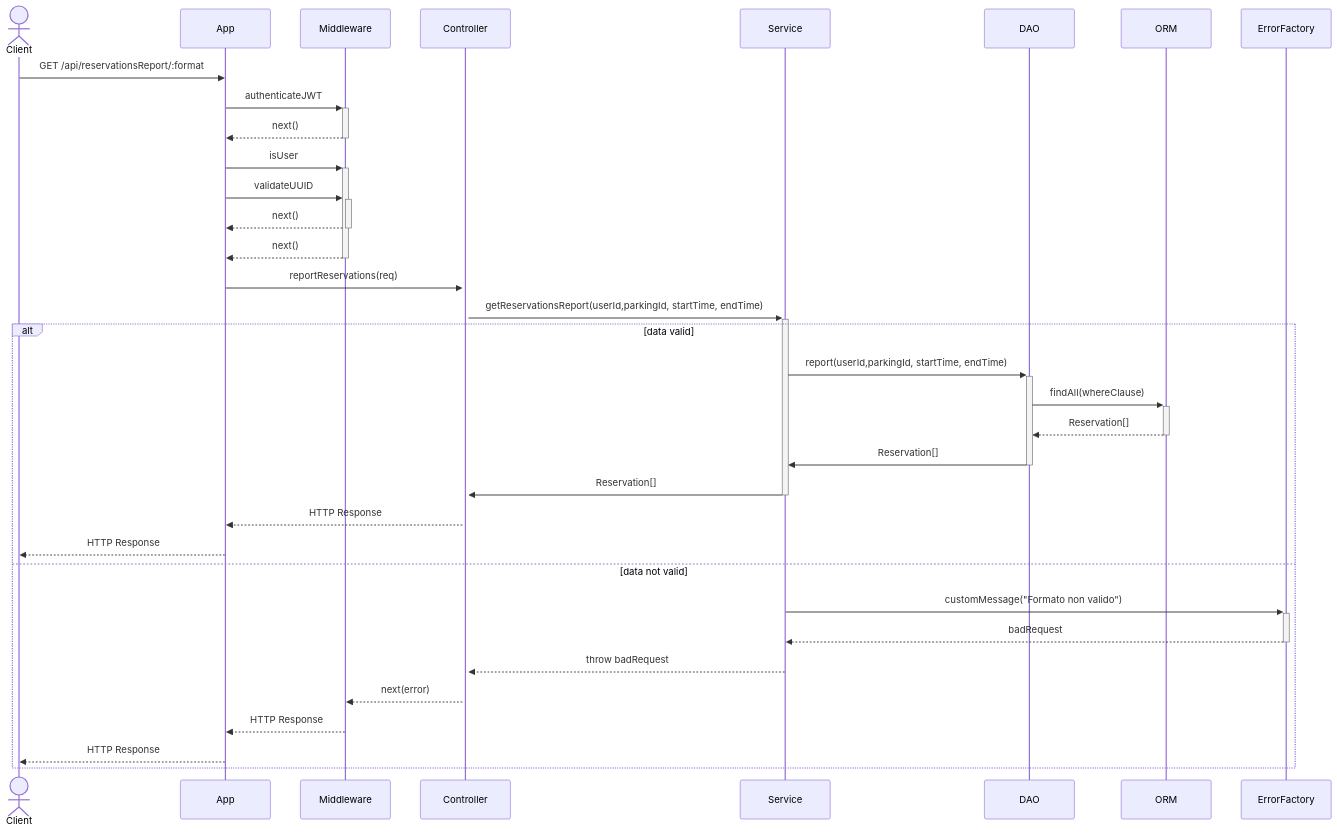
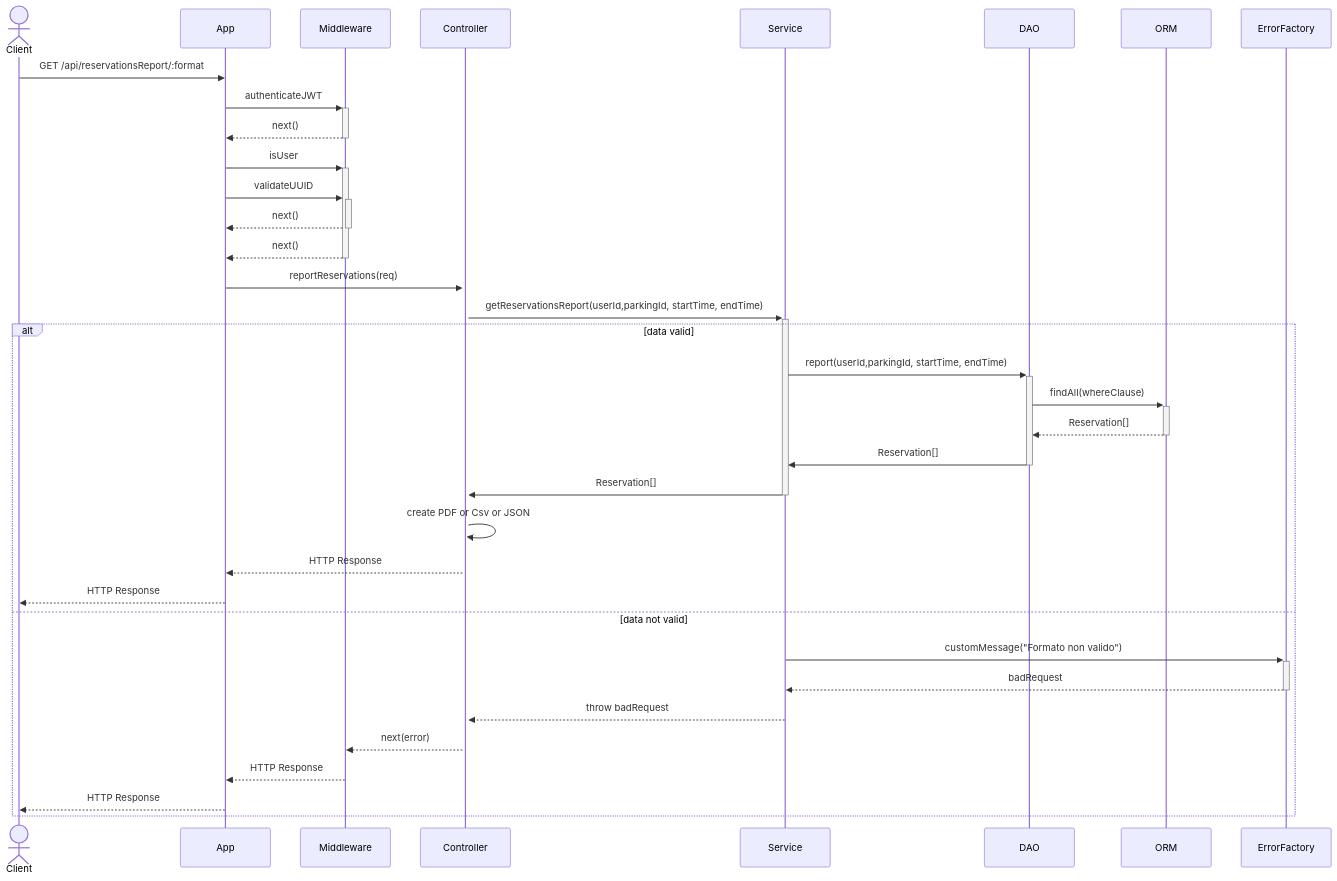
One commit to niccolociotti/parking_PA changed diagram 18 of 22 in README.md. Above: the diagram before and after it, drawn with Mermaid. The commit also changed other lines of this file, not shown here.

````diff
--- a/README.md
+++ b/README.md
@@ -1071,38 +1080,39 @@
 ```mermaid
 sequenceDiagram
     actor Client
     participant App
     participant Middleware
     participant Controller
     participant Service
     participant DAO
     participant ORM
     participant ErrorFactory
 
     Client->>App: GET /api/reservationsReport/:format
     App->>+Middleware: authenticateJWT
     Middleware-->>-App: next()
     App->>+Middleware: isUser
     App->>+Middleware: validateUUID
     Middleware-->>-App: next()
     Middleware-->>-App: next()
     App->>+Controller: reportReservations(req)
     Controller->>+Service: getReservationsReport(userId,parkingId, startTime, endTime)
     alt data valid
       Service->>+DAO: report(userId,parkingId, startTime, endTime)
       DAO->>+ORM: findAll(whereClause)
       ORM-->>-DAO: Reservation[]
       DAO->>-Service: Reservation[]
       Service->>-Controller: Reservation[]
+      Controller->>Controller: create PDF or Csv or JSON
       Controller-->>App: HTTP Response
       App-->>Client: HTTP Response
 
     else data not valid
       Service->>+ErrorFactory: customMessage("Formato non valido")
       ErrorFactory-->>-Service: badRequest
       Service-->>Controller: throw badRequest
       Controller-->>Middleware: next(error)
       Middleware-->>App: HTTP Response
       App-->>Client: HTTP Response
     end
 ```
````
